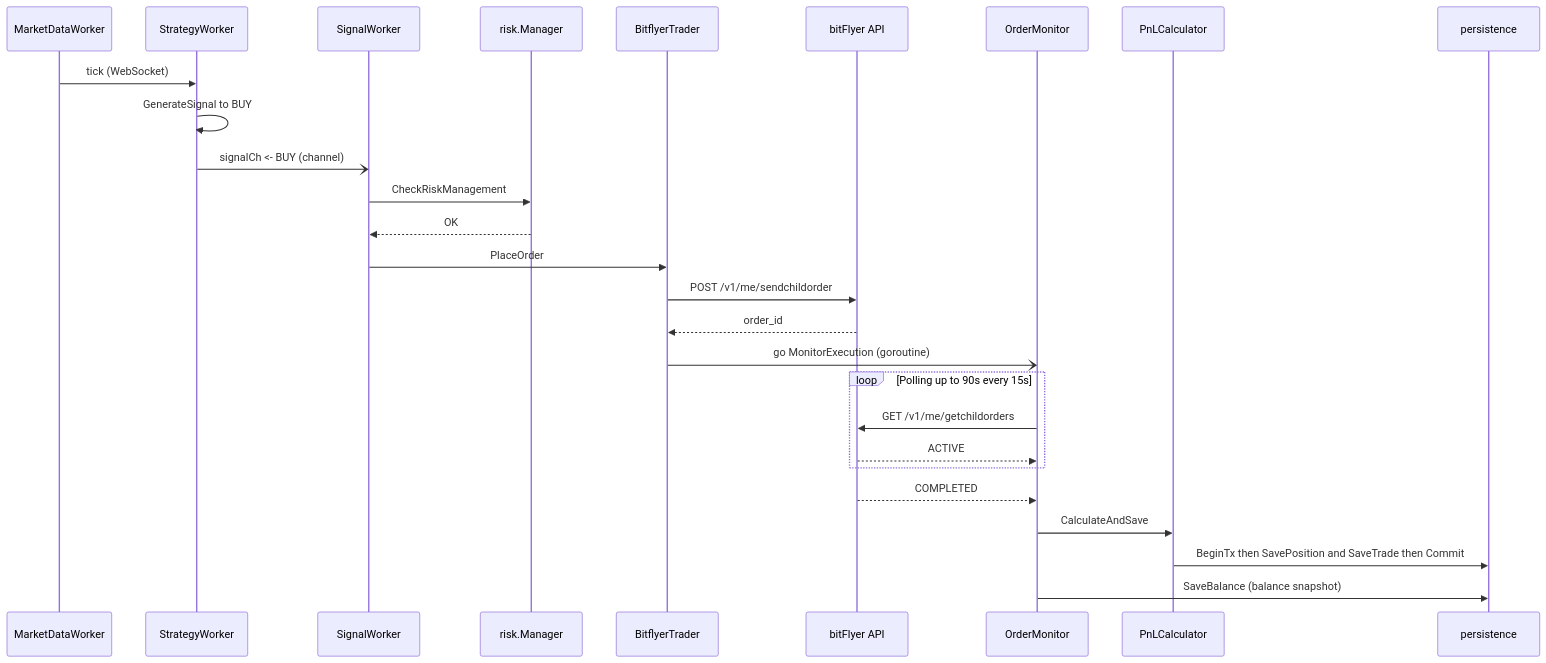
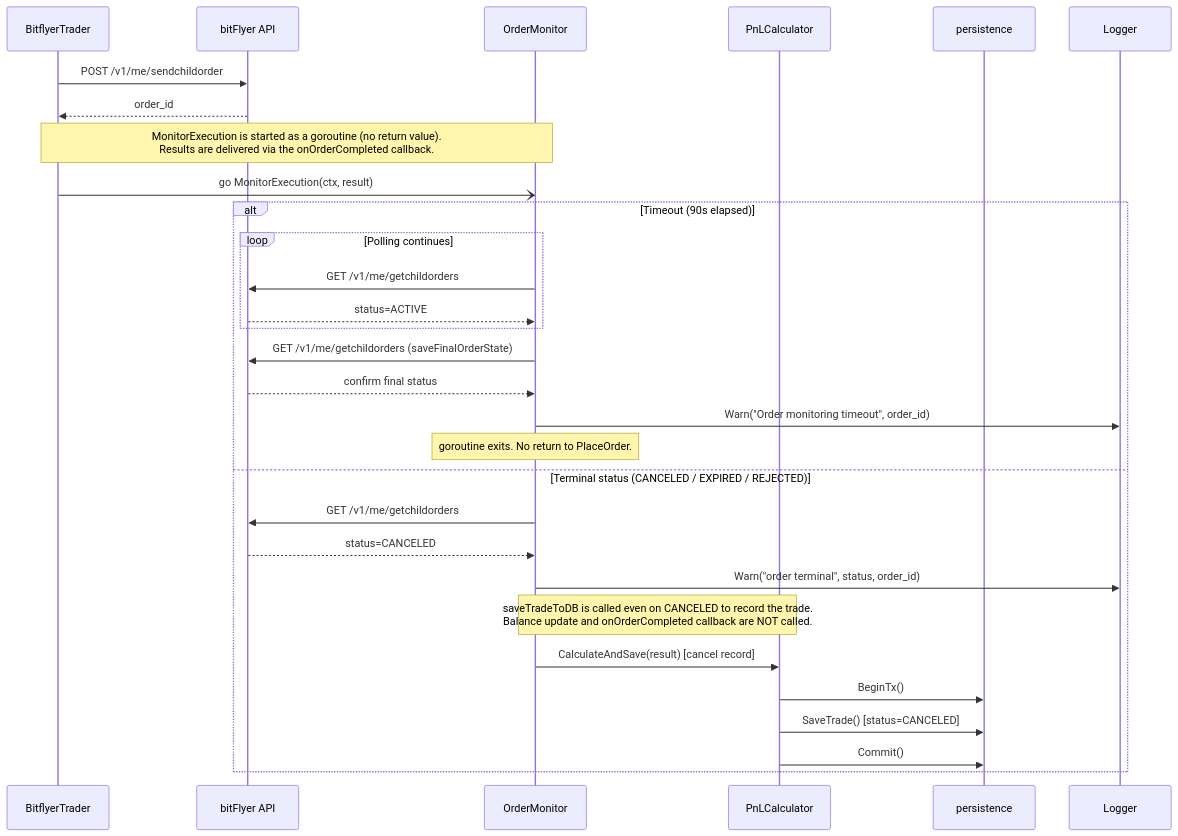
Before and after one commit to bmf-san/bmf-tech: the ninth of 12 diagrams in content/en/posts/introducing-gogocoin.md, drawn with Mermaid. The commit also changed other lines of this file and 1 other file, not shown here.

Commit message:
feat: C4図・完全ユースケース図・全シーケンス図・完全ER図を追加 (en+ja)

````diff
--- a/content/en/posts/introducing-gogocoin.md
+++ b/content/en/posts/introducing-gogocoin.md
@@ -141,30 +373,34 @@
 ```mermaid
 sequenceDiagram
-    participant MW as MarketDataWorker
-    participant SW as StrategyWorker
-    participant SigW as SignalWorker
-    participant RM as risk.Manager
     participant TR as BitflyerTrader
     participant BF as bitFlyer API
     participant OM as OrderMonitor
     participant PNL as PnLCalculator
     participant DB as persistence
+    participant LOG as Logger
 
-    MW->>SW: tick (WebSocket)
-    SW->>SW: GenerateSignal to BUY
-    SW-)SigW: signalCh <- BUY (channel)
-    SigW->>RM: CheckRiskManagement
-    RM-->>SigW: OK
-    SigW->>TR: PlaceOrder
     TR->>BF: POST /v1/me/sendchildorder
     BF-->>TR: order_id
-    TR-)OM: go MonitorExecution (goroutine)
-    loop Polling up to 90s every 15s
+    note over TR,OM: MonitorExecution is started as a goroutine (no return value).<br/>Results are delivered via the onOrderCompleted callback.
+    TR-)OM: go MonitorExecution(ctx, result)
+
+    alt Timeout (90s elapsed)
+        loop Polling continues
+            OM->>BF: GET /v1/me/getchildorders
+            BF-->>OM: status=ACTIVE
+        end
+        OM->>BF: GET /v1/me/getchildorders (saveFinalOrderState)
+        BF-->>OM: confirm final status
+        OM->>LOG: Warn("Order monitoring timeout", order_id)
+        note over OM: goroutine exits. No return to PlaceOrder.
+    else Terminal status (CANCELED / EXPIRED / REJECTED)
         OM->>BF: GET /v1/me/getchildorders
-        BF-->>OM: ACTIVE
+        BF-->>OM: status=CANCELED
+        OM->>LOG: Warn("order terminal", status, order_id)
+        note over OM,PNL: saveTradeToDB is called even on CANCELED to record the trade.<br/>Balance update and onOrderCompleted callback are NOT called.
+        OM->>PNL: CalculateAndSave(result) [cancel record]
+        PNL->>DB: BeginTx()
+        PNL->>DB: SaveTrade() [status=CANCELED]
+        PNL->>DB: Commit()
     end
-    BF-->>OM: COMPLETED
-    OM->>PNL: CalculateAndSave
-    PNL->>DB: BeginTx then SavePosition and SaveTrade then Commit
-    OM->>DB: SaveBalance (balance snapshot)
 ```
````
